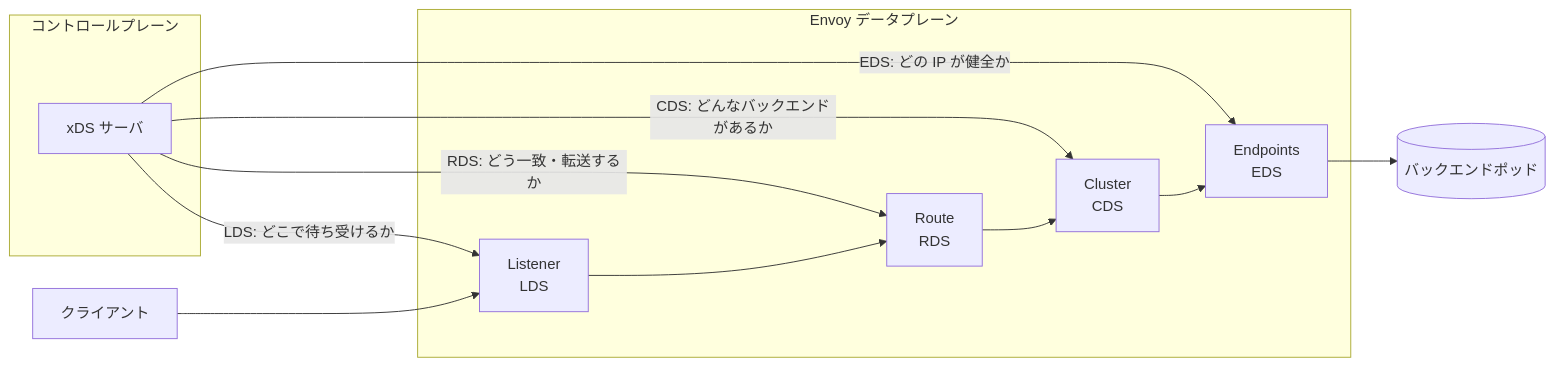
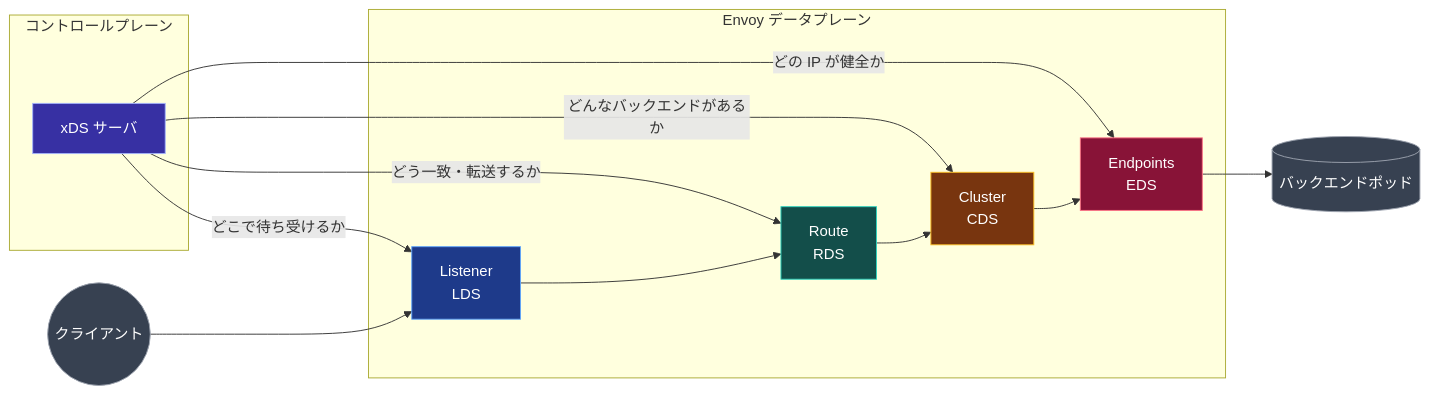
The diagram in README.ja.md (0-draft/envoy-xds-deep-dive), drawn with Mermaid before and after one commit. The commit also changed other lines of this file and 27 other files, not shown here.

First line of the commit message:
docs: semantic color, distinct shapes, and a11y metadata for all mermaid diagrams

````diff
--- a/README.ja.md
+++ b/README.ja.md
@@ -28,19 +28,33 @@
 ```mermaid
 flowchart LR
+    accTitle: xDS が Envoy のデータパスをどう構成するか
+    accDescr: コントロールプレーンの xDS サーバが LDS, RDS, CDS, EDS を Envoy にプッシュする。リクエストは client から Listener, Route, Cluster, Endpoint を経てバックエンドポッドへ流れる。
     subgraph CP[コントロールプレーン]
         X[xDS サーバ]
     end
     subgraph DP[Envoy データプレーン]
         L[Listener<br/>LDS]
         R[Route<br/>RDS]
         C[Cluster<br/>CDS]
         E[Endpoints<br/>EDS]
     end
-    X -- "LDS: どこで待ち受けるか" --> L
-    X -- "RDS: どう一致・転送するか" --> R
-    X -- "CDS: どんなバックエンドがあるか" --> C
-    X -- "EDS: どの IP が健全か" --> E
+    X -- "どこで待ち受けるか" --> L
+    X -- "どう一致・転送するか" --> R
+    X -- "どんなバックエンドがあるか" --> C
+    X -- "どの IP が健全か" --> E
     L --> R --> C --> E
-    client[クライアント] --> L
+    client((クライアント)) --> L
     E --> backend[(バックエンドポッド)]
+    class X cp
+    class L lds
+    class R rds
+    class C cds
+    class E eds
+    class client,backend ext
+    classDef cp fill:#3730a3,stroke:#a5b4fc,color:#fff
+    classDef lds fill:#1e3a8a,stroke:#60a5fa,color:#fff
+    classDef rds fill:#134e4a,stroke:#2dd4bf,color:#fff
+    classDef cds fill:#78350f,stroke:#fbbf24,color:#fff
+    classDef eds fill:#881337,stroke:#fb7185,color:#fff
+    classDef ext fill:#374151,stroke:#9ca3af,color:#fff
 ```
````
